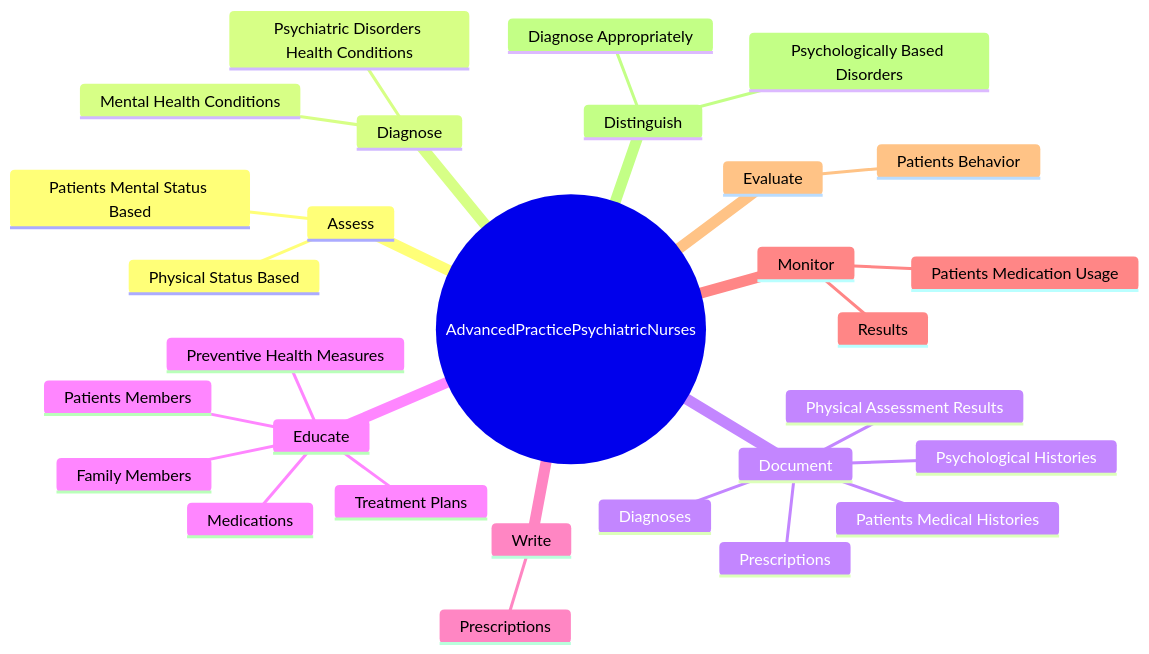
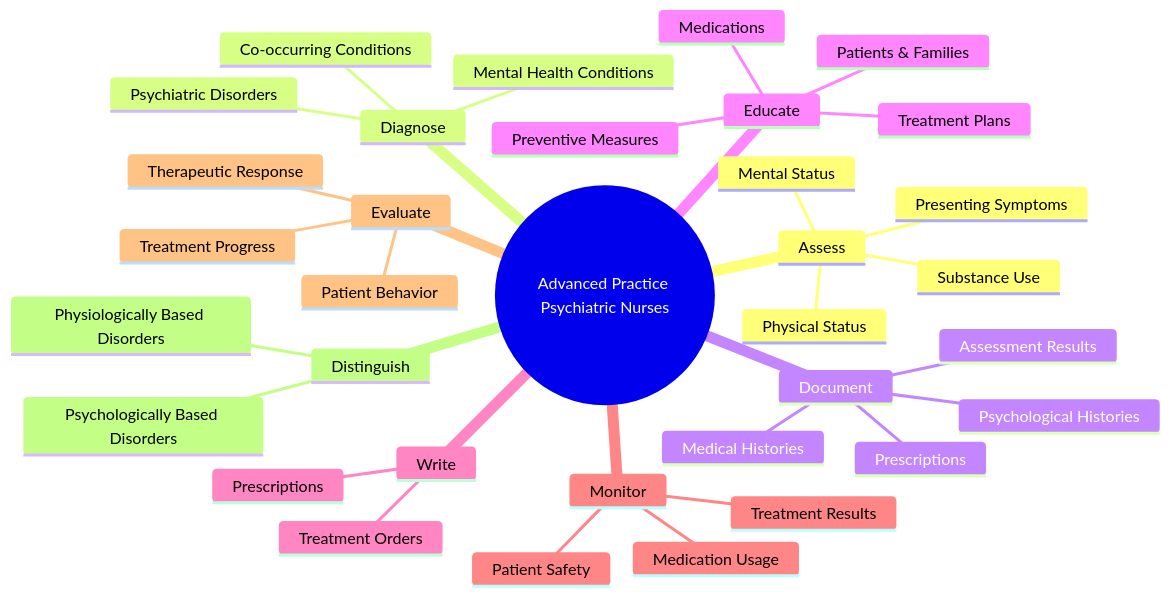
The second of 4 diagrams in occupations/HealthcarePractitioners/AdvancedPracticePsychiatricNurses.mdx (kziemski/business.org.ai), drawn with Mermaid before and after one commit. The commit also changed other lines of this file and 938 other files, not shown here.

````diff
--- a/occupations/HealthcarePractitioners/AdvancedPracticePsychiatricNurses.mdx
+++ b/occupations/HealthcarePractitioners/AdvancedPracticePsychiatricNurses.mdx
@@ -38,32 +49,37 @@
 ```mermaid
 mindmap
-    root(("AdvancedPracticePsychiatricNurses"))
+    root(("Advanced Practice Psychiatric Nurses"))
         Assess
-            Patients Mental Status Based
-            Physical Status Based
+            Mental Status
+            Physical Status
+            Presenting Symptoms
+            Substance Use
         Diagnose
-            Psychiatric Disorders Health Conditions
+            Psychiatric Disorders
             Mental Health Conditions
+            Co-occurring Conditions
         Document
-            Patients Medical Histories
+            Medical Histories
             Psychological Histories
-            Physical Assessment Results
-            Diagnoses
+            Assessment Results
             Prescriptions
         Educate
-            Patients Members
-            Family Members
-            Preventive Health Measures
+            Patients & Families
+            Preventive Measures
             Medications
             Treatment Plans
         Write
             Prescriptions
+            Treatment Orders
         Monitor
-            Patients Medication Usage
-            Results
+            Medication Usage
+            Treatment Results
+            Patient Safety
         Evaluate
-            Patients Behavior
+            Patient Behavior
+            Treatment Progress
+            Therapeutic Response
         Distinguish
             Psychologically Based Disorders
-            Diagnose Appropriately
+            Physiologically Based Disorders
 ```
````
